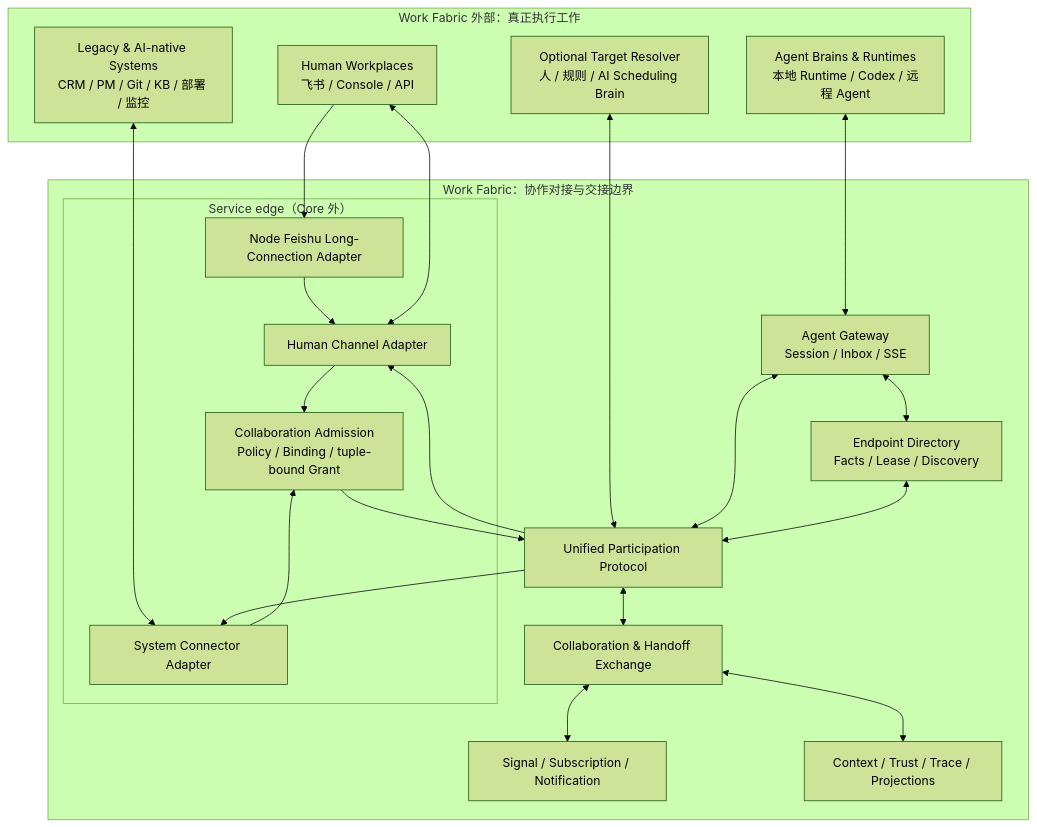
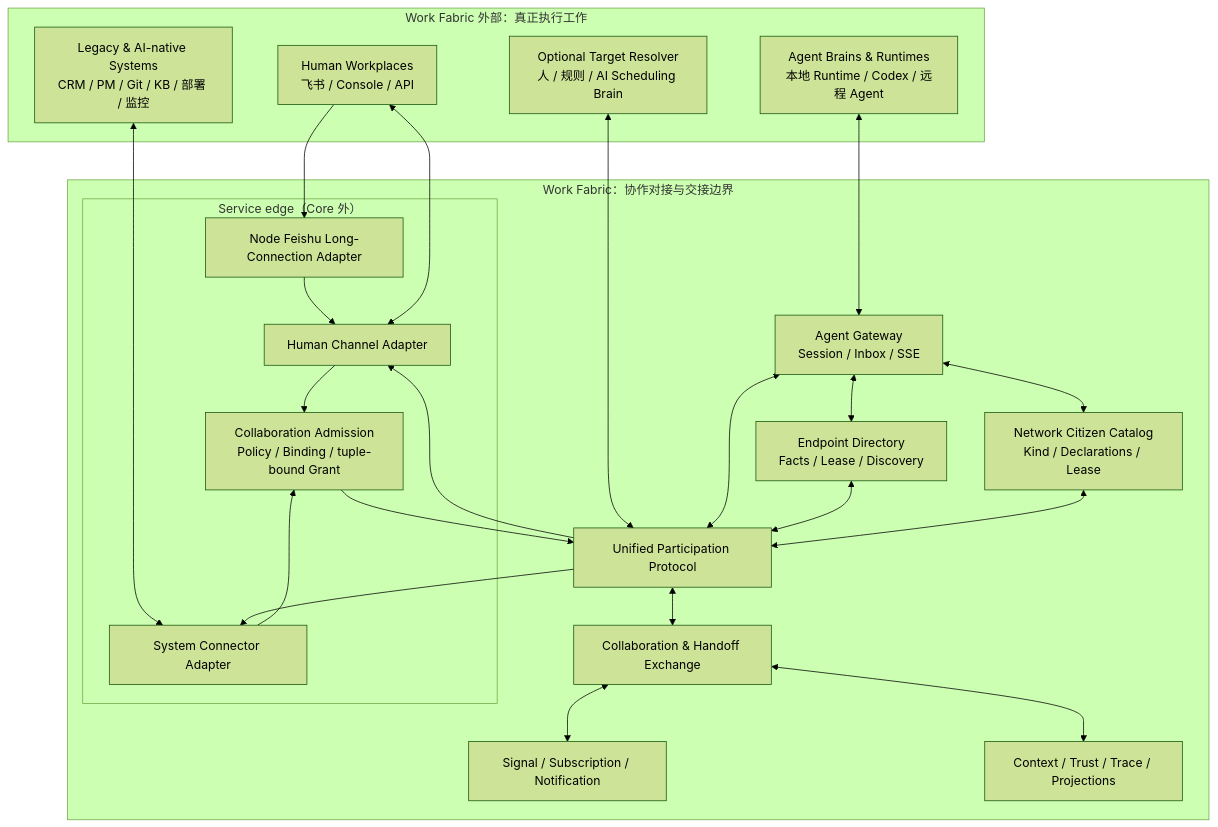
One commit to AgentEra/work-fabric changed the first of 8 diagrams in docs/architecture.md. Above: the diagram before and after it, drawn with Mermaid (forest theme). The commit also changed other lines of this file and 5 other files, not shown here.

Commit message:
docs: publish network citizen architecture

````diff
--- a/docs/architecture.md
+++ b/docs/architecture.md
@@ -85,41 +87,44 @@
 ```mermaid
 flowchart TB
     subgraph External["Work Fabric 外部：真正执行工作"]
         Human["Human Workplaces<br/>飞书 / Console / API"]
         Agent["Agent Brains & Runtimes<br/>本地 Runtime / Codex / 远程 Agent"]
         System["Legacy & AI-native Systems<br/>CRM / PM / Git / KB / 部署 / 监控"]
         Resolver["Optional Target Resolver<br/>人 / 规则 / AI Scheduling Brain"]
     end
 
     subgraph Fabric["Work Fabric：协作对接与交接边界"]
         subgraph ServiceEdge["Service edge（Core 外）"]
             NodeFeishuAdapter["Node Feishu Long-Connection Adapter"]
             HumanAdapter["Human Channel Adapter"]
             Connector["System Connector Adapter"]
             Admission["Collaboration Admission<br/>Policy / Binding / tuple-bound Grant"]
         end
         AgentGateway["Agent Gateway<br/>Session / Inbox / SSE"]
         Directory["Endpoint Directory<br/>Facts / Lease / Discovery"]
+        CitizenCatalog["Network Citizen Catalog<br/>Kind / Declarations / Lease"]
         Protocol["Unified Participation Protocol"]
         Exchange["Collaboration & Handoff Exchange"]
         Signal["Signal / Subscription / Notification"]
         Support["Context / Trust / Trace / Projections"]
     end
 
     Human --> NodeFeishuAdapter --> HumanAdapter
     Human <--> HumanAdapter
     Agent <--> AgentGateway
     System <--> Connector
     Resolver <--> Protocol
     HumanAdapter --> Admission
     Connector --> Admission
     Admission --> Protocol
     Protocol --> HumanAdapter
     AgentGateway <--> Protocol
     AgentGateway <--> Directory
+    AgentGateway <--> CitizenCatalog
     Directory <--> Protocol
+    CitizenCatalog <--> Protocol
     Protocol --> Connector
     Protocol <--> Exchange
     Exchange <--> Signal
     Exchange <--> Support
 ```
````
